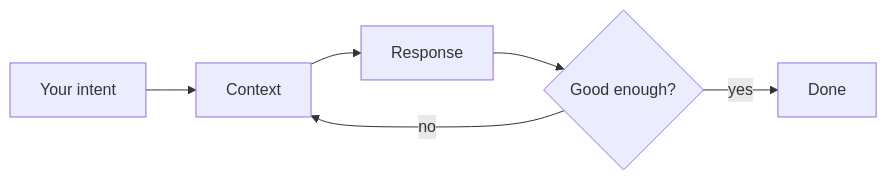
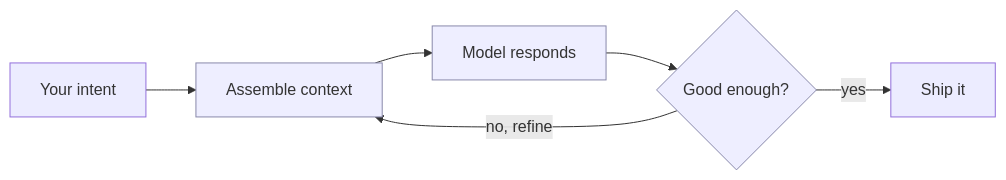
Before and after one commit to ChristineTham/aidou: the first of 3 diagrams in book/01-foundations.md, drawn with Mermaid. The commit also changed other lines of this file and 74 other files, not shown here.

````diff
--- a/book/01-foundations.md
+++ b/book/01-foundations.md
@@ -24,8 +24,10 @@
 ```mermaid
 flowchart LR
-    A[Your intent] --> B[Context]
-    B --> C[Response]
+    A[Your intent] --> B[Assemble context]
+    B --> C[Model responds]
     C --> D{Good enough?}
-    D -- no --> B
-    D -- yes --> E[Done]
+    D -- no, refine --> B
+    D -- yes --> E[Ship it]
+    classDef loop fill:#eef,stroke:#88a
+    class B,C,D loop
 ```
````
